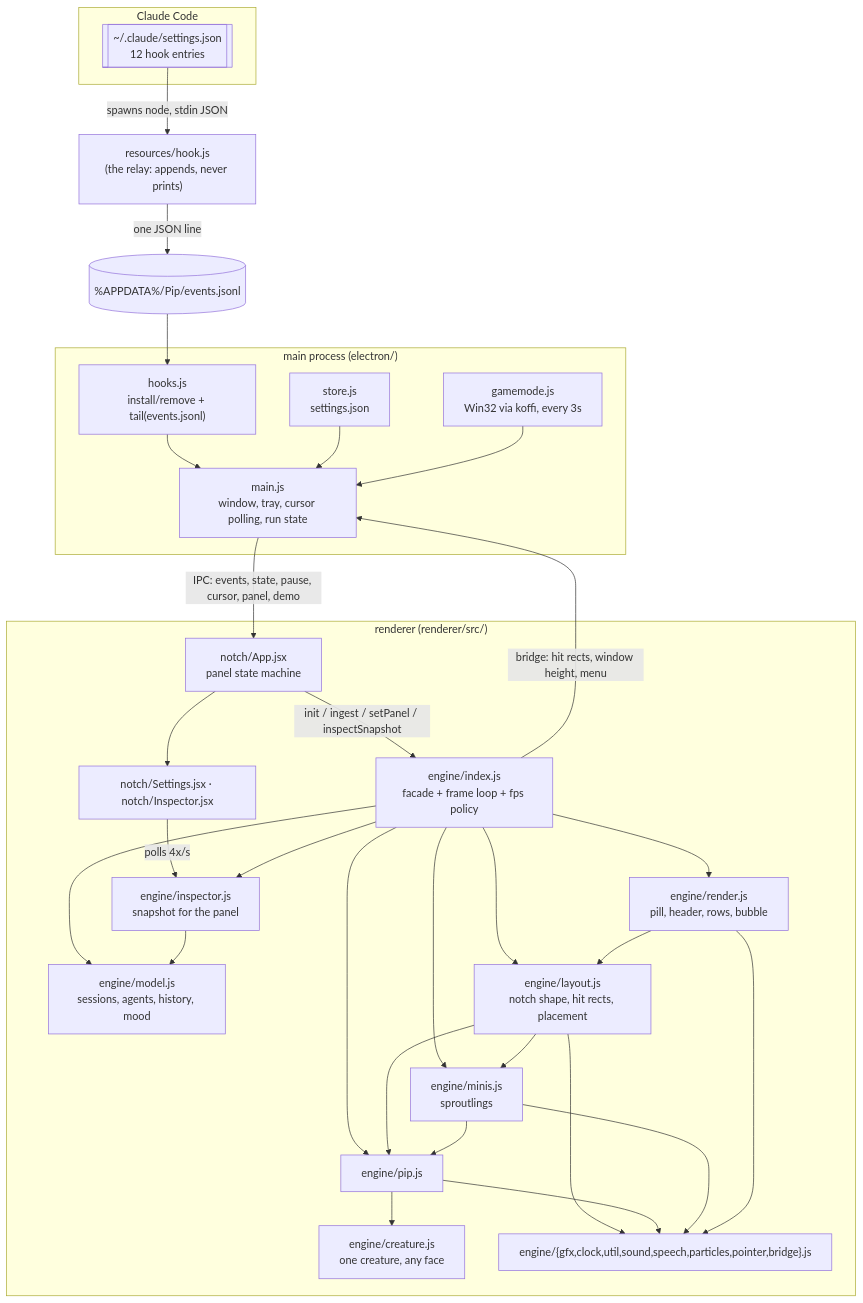
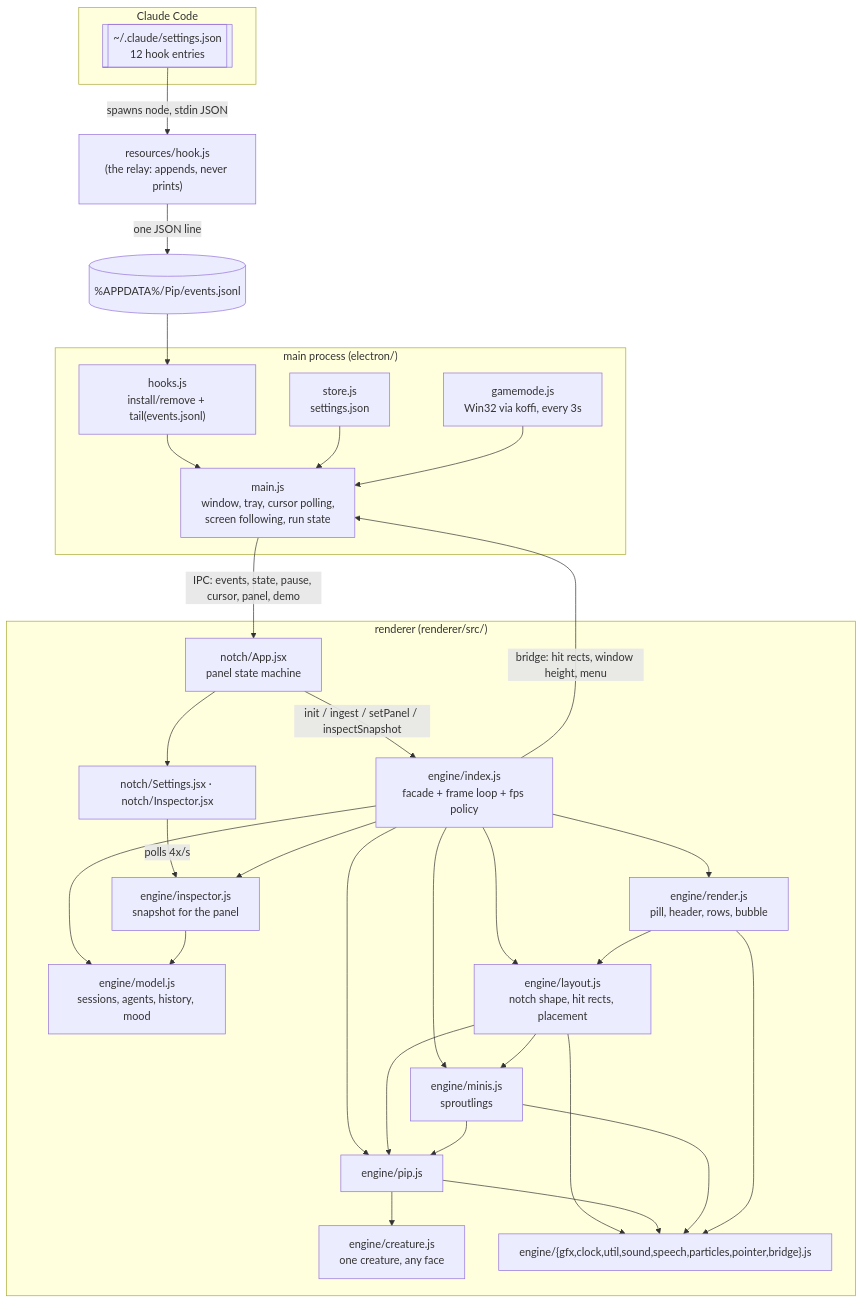
One commit to aymengraoui/pip changed the diagram in CLAUDE.md. Above: the diagram before and after it, drawn with Mermaid. The commit also changed other lines of this file and 8 other files, not shown here.

````diff
--- a/CLAUDE.md
+++ b/CLAUDE.md
@@ -25,43 +25,43 @@
 ```mermaid
 flowchart TD
   subgraph CC[Claude Code]
     hooks[["~/.claude/settings.json<br/>12 hook entries"]]
   end
   hooks -->|spawns node, stdin JSON| relay["resources/hook.js<br/>(the relay: appends, never prints)"]
   relay -->|one JSON line| log[("%APPDATA%/Pip/events.jsonl")]
 
   subgraph MAIN["main process (electron/)"]
-    main["main.js<br/>window, tray, cursor polling, run state"]
+    main["main.js<br/>window, tray, cursor polling,<br/>screen following, run state"]
     hooksjs["hooks.js<br/>install/remove + tail(events.jsonl)"]
     store["store.js<br/>settings.json"]
     game["gamemode.js<br/>Win32 via koffi, every 3s"]
   end
   log --> hooksjs --> main
   store --> main
   game --> main
 
   subgraph REND["renderer (renderer/src/)"]
     app["notch/App.jsx<br/>panel state machine"]
     idx["engine/index.js<br/>facade + frame loop + fps policy"]
     model["engine/model.js<br/>sessions, agents, history, mood"]
     insp["engine/inspector.js<br/>snapshot for the panel"]
     layout["engine/layout.js<br/>notch shape, hit rects, placement"]
     pip["engine/pip.js"]
     minis["engine/minis.js<br/>sproutlings"]
     render["engine/render.js<br/>pill, header, rows, bubble"]
     creature["engine/creature.js<br/>one creature, any face"]
     leaves["engine/{gfx,clock,util,sound,speech,particles,pointer,bridge}.js"]
     panels["notch/Settings.jsx · notch/Inspector.jsx"]
   end
   main -->|IPC: events, state, pause, cursor, panel, demo| app
   app -->|init / ingest / setPanel / inspectSnapshot| idx
   app --> panels
   panels -->|polls 4x/s| insp
   idx --> model & layout & render & minis & pip & insp
   layout --> pip & minis
   minis --> pip --> creature
   render --> layout
   insp --> model
   layout & pip & minis & render --> leaves
   idx -->|bridge: hit rects, window height, menu| main
 ```
````
